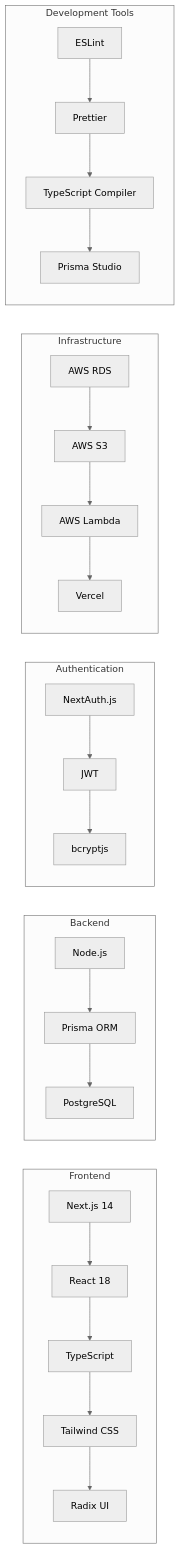
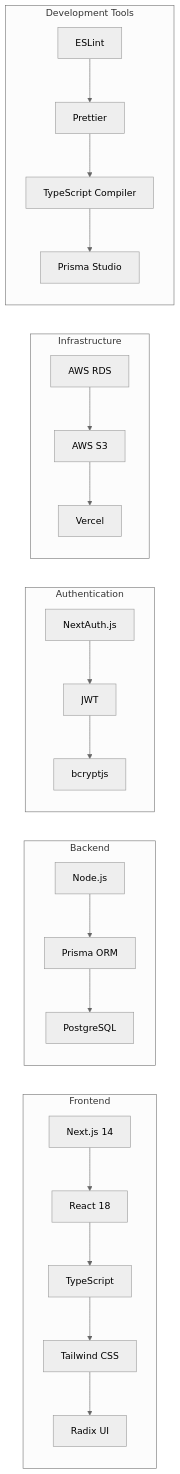
One commit to innovationwizard/IngePro changed the seventh of 9 diagrams in docs/architecture/system-architecture.md. Above: the diagram before and after it, drawn with Mermaid (neutral theme). The commit also changed other lines of this file and 148 other files, not shown here.

First line of the commit message:
Remove AWS Lambda completely from codebase and documentation

````diff
--- a/docs/architecture/system-architecture.md
+++ b/docs/architecture/system-architecture.md
@@ -228,32 +227,31 @@
 ```mermaid
 graph LR
     subgraph "Frontend"
         A[Next.js 14] --> B[React 18]
         B --> C[TypeScript]
         C --> D[Tailwind CSS]
         D --> E[Radix UI]
     end
     
     subgraph "Backend"
         F[Node.js] --> G[Prisma ORM]
         G --> H[PostgreSQL]
     
     end
     
     subgraph "Authentication"
         J[NextAuth.js] --> K[JWT]
         K --> L[bcryptjs]
     end
     
     subgraph "Infrastructure"
         M[AWS RDS] --> N[AWS S3]
-        N --> O[AWS Lambda]
-        O --> P[Vercel]
+        N --> P[Vercel]
     end
     
     subgraph "Development Tools"
         Q[ESLint] --> R[Prettier]
         R --> S[TypeScript Compiler]
         S --> T[Prisma Studio]
     end
 ```
````
